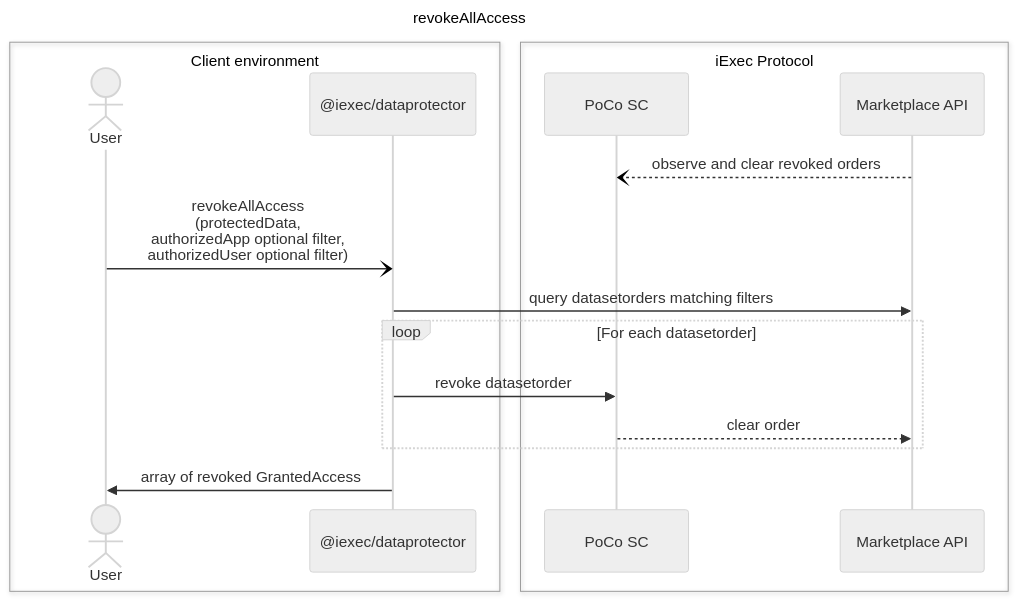
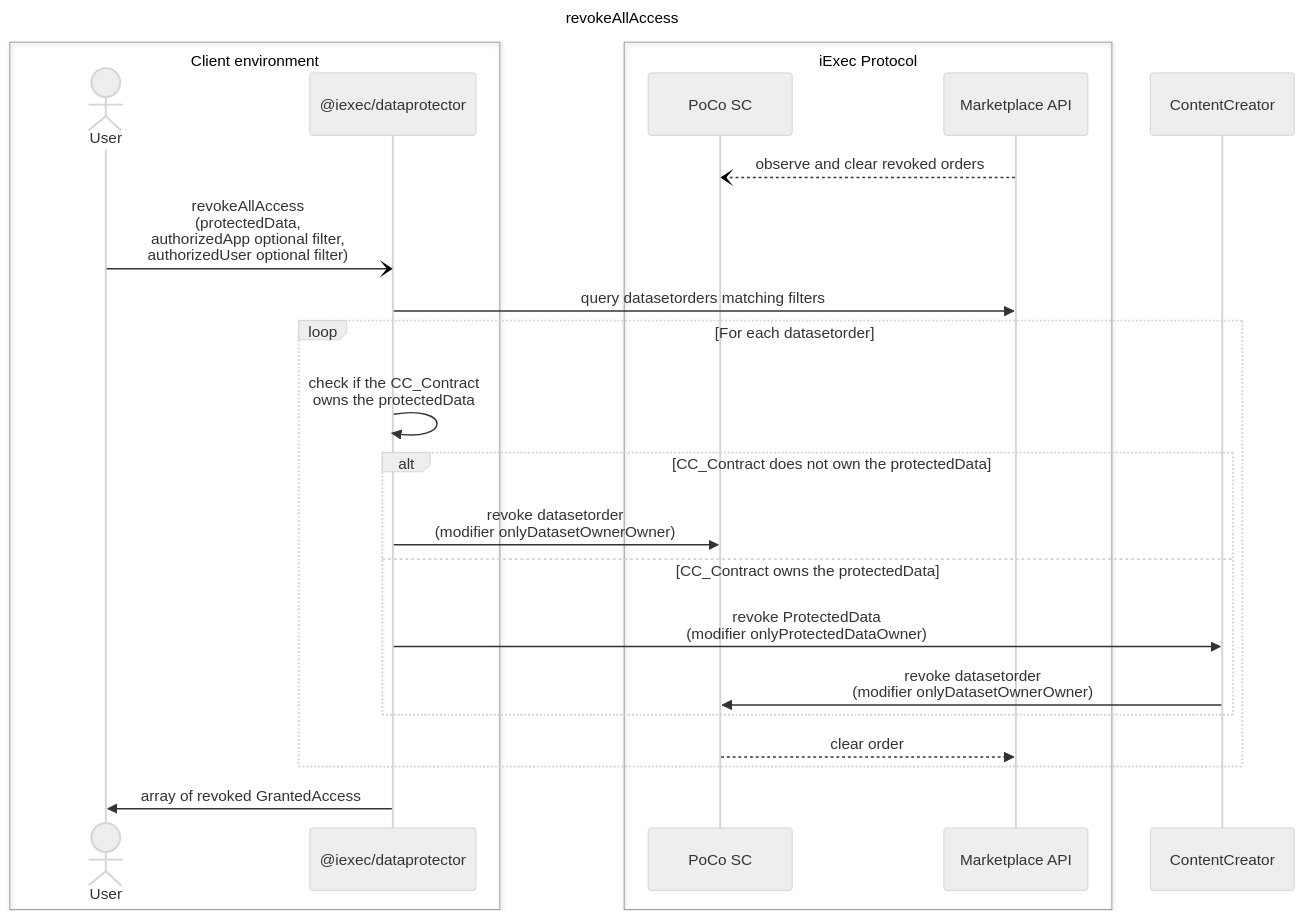
One commit to iExecBlockchainComputing/dataprotector-sdk changed the diagram in technical-design/uml/sequence-revokeAllAccess.md. Above: the diagram before and after it, drawn with Mermaid (neutral theme). The commit also changed 3 other files, not shown here.

````diff
--- a/technical-design/uml/sequence-revokeAllAccess.md
+++ b/technical-design/uml/sequence-revokeAllAccess.md
@@ -3,27 +3,38 @@
 ```mermaid
 sequenceDiagram
     title revokeAllAccess
 
     box Client environment
         actor User
         participant SDK as @iexec/dataprotector
     end
 
     box iExec Protocol
         participant POCO as PoCo SC
         participant Market as Marketplace API
     end
 
+    participant CCSC as ContentCreator
+
     Market --) POCO : observe and clear revoked orders
 
     User -) SDK: revokeAllAccess<br>(protectedData,<br>authorizedApp optional filter,<br>authorizedUser optional filter)
 
     SDK ->> Market: query datasetorders matching filters
 
     loop For each datasetorder
-        SDK ->> POCO: revoke datasetorder
+        SDK ->> SDK: check if the CC_Contract <br> owns the protectedData
+
+        alt CC_Contract does not own the protectedData
+            SDK ->> POCO: revoke datasetorder <br> (modifier onlyDatasetOwnerOwner)
+        else CC_Contract owns the protectedData
+            SDK ->> CCSC:  revoke ProtectedData <br> (modifier onlyProtectedDataOwner)
+            CCSC ->> POCO: revoke datasetorder <br> (modifier onlyDatasetOwnerOwner)
+        end
+
         POCO -->> Market: clear order
+
     end
 
     SDK ->> User: array of revoked GrantedAccess
 ```
````
